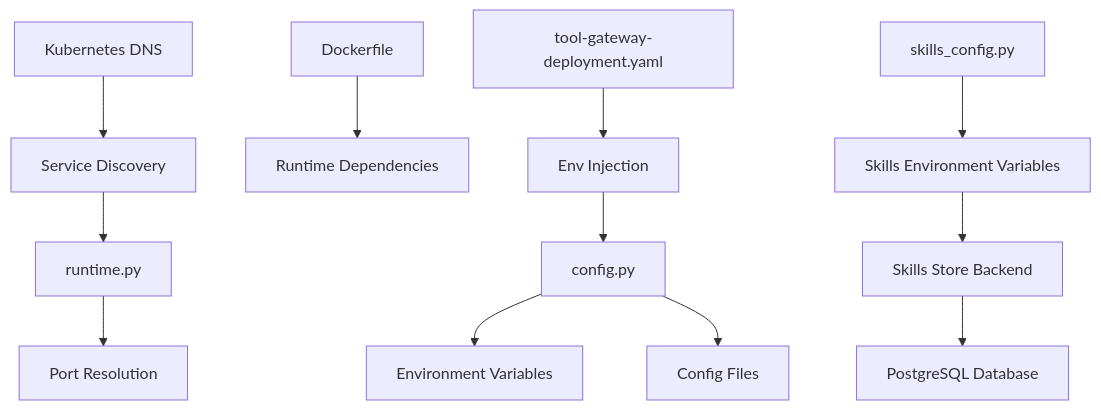
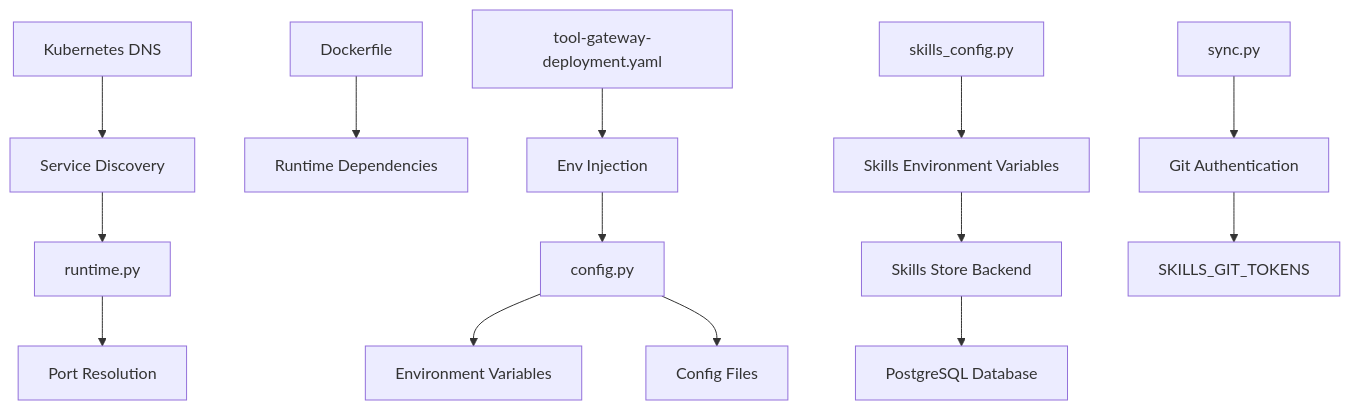
Diagram 13 of 13 in .qoder/repowiki/en/content/Tool Gateway Service/Configuration and Environment Setup.md (metasync/luban-aiops), drawn with Mermaid before and after one commit. The commit also changed other lines of this file and 4 other files, not shown here.

````diff
--- a/.qoder/repowiki/en/content/Tool Gateway Service/Configuration and Environment Setup.md
+++ b/.qoder/repowiki/en/content/Tool Gateway Service/Configuration and Environment Setup.md
@@ -401,14 +489,16 @@
 ```mermaid
 graph TB
 CFG["config.py"] --> ENV["Environment Variables"]
 CFG --> FILE["Config Files"]
 RT["runtime.py"] --> PORT["Port Resolution"]
 DNS["Kubernetes DNS"] --> SVC["Service Discovery"]
 DOCKER["Dockerfile"] --> RUNTIME["Runtime Dependencies"]
 K8S["tool-gateway-deployment.yaml"] --> INJECT["Env Injection"]
 INJECT --> CFG
 SVC --> RT
 SkillsCFG["skills_config.py"] --> SkillsENV["Skills Environment Variables"]
 SkillsENV --> SkillsStore["Skills Store Backend"]
 SkillsStore --> DB["PostgreSQL Database"]
+SkillsSync["sync.py"] --> GitAuth["Git Authentication"]
+GitAuth --> Tokens["SKILLS_GIT_TOKENS"]
 ```
````
